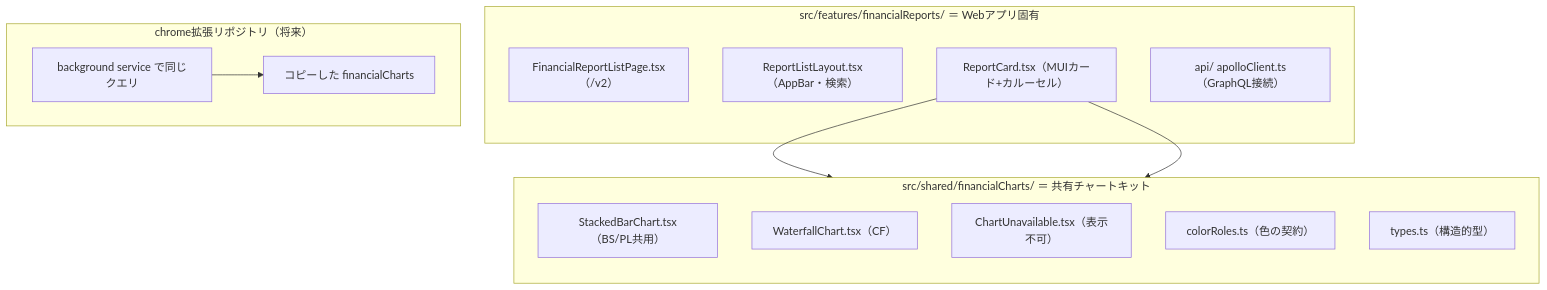
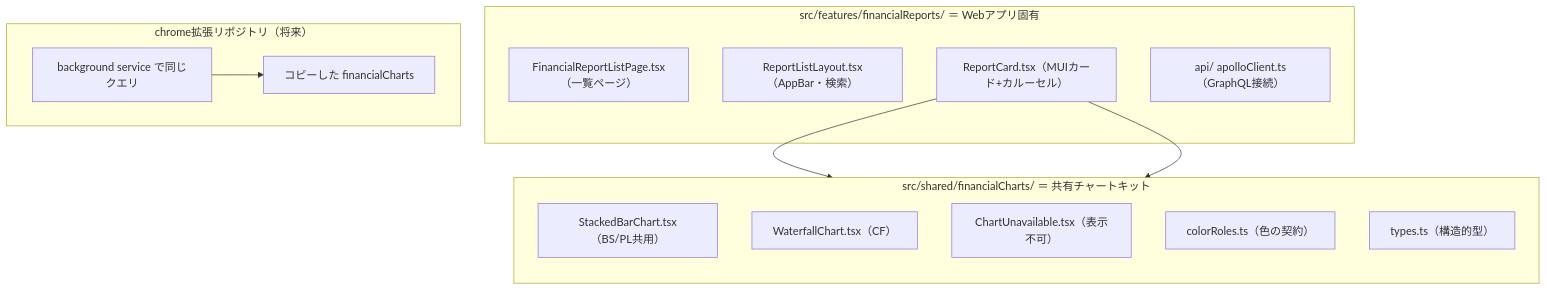
The diagram in docs/architecture/04_frontend.md (shin4488/financial-statement), drawn with Mermaid before and after one commit. The commit also changed other lines of this file and 20 other files, not shown here.

First line of the commit message:
update: cutover docs (architecture as single source, legacy cleanup list)

````diff
--- a/docs/architecture/04_frontend.md
+++ b/docs/architecture/04_frontend.md
@@ -5,23 +5,23 @@
 ```mermaid
 flowchart TB
     subgraph shared["src/shared/financialCharts/ ＝ 共有チャートキット"]
         direction TB
         K1["StackedBarChart.tsx（BS/PL共用）"]
         K2["WaterfallChart.tsx（CF）"]
         K3["ChartUnavailable.tsx（表示不可）"]
         K4["colorRoles.ts（色の契約）"]
         K5["types.ts（構造的型）"]
     end
     subgraph feature["src/features/financialReports/ ＝ Webアプリ固有"]
-        F1["FinancialReportListPage.tsx（/v2）"]
+        F1["FinancialReportListPage.tsx（一覧ページ）"]
         F2["ReportListLayout.tsx（AppBar・検索）"]
         F3["ReportCard.tsx（MUIカード+カルーセル）"]
         F4["api/ apolloClient.ts（GraphQL接続）"]
     end
     subgraph ext["chrome拡張リポジトリ（将来）"]
         X1["background service で同じクエリ"]
         X2["コピーした financialCharts"]
     end
     F3 --> K1 & K2
     X1 --> X2
 ```
````
